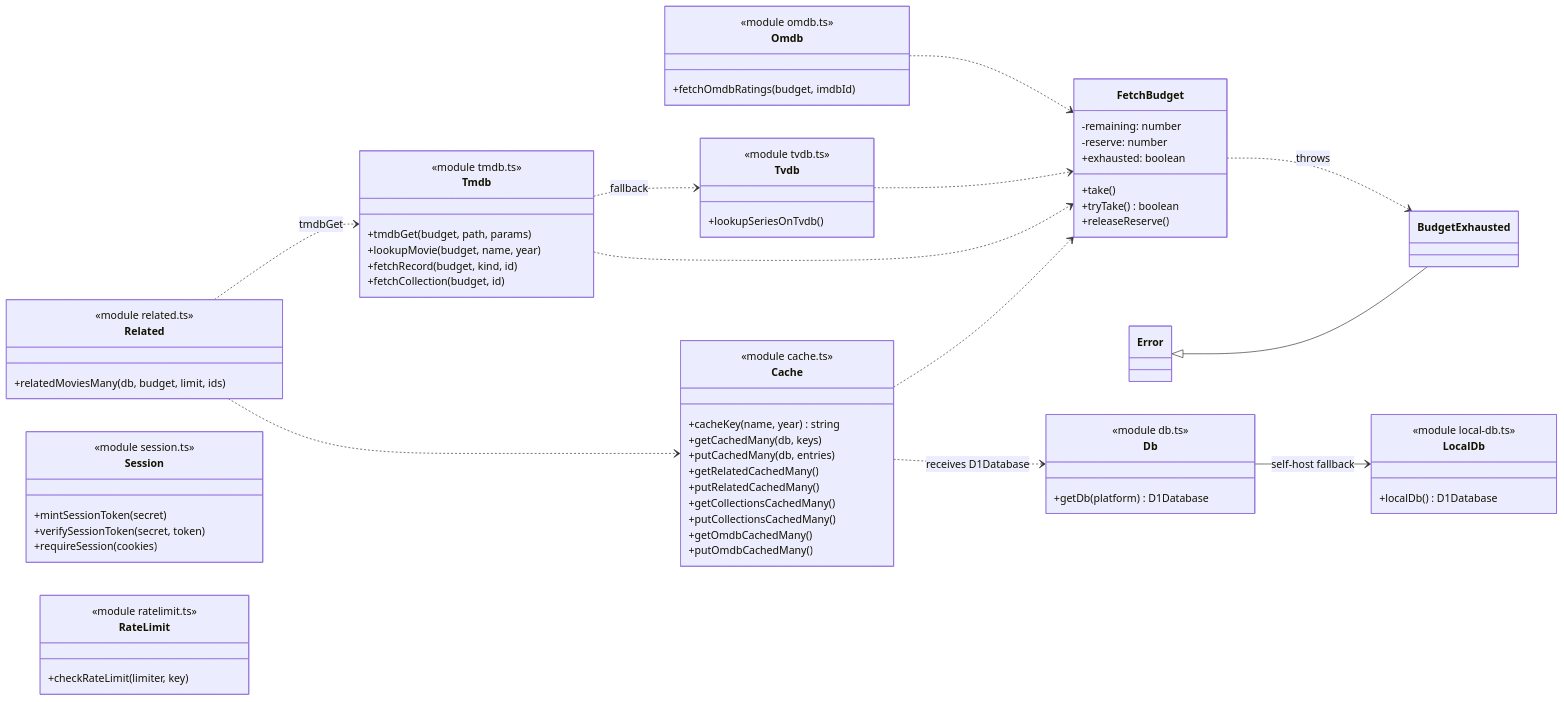
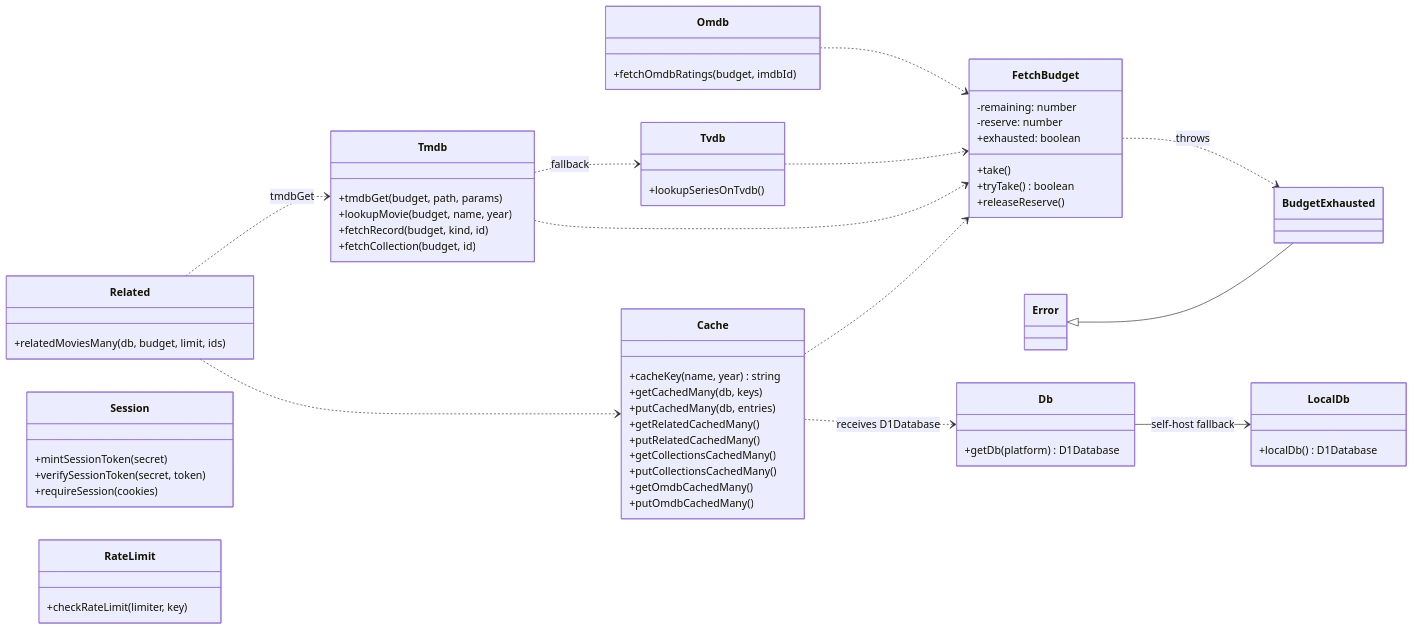
Before and after one commit to LaurinSorgend/letterboxd-vizard: the sixth of 24 diagrams in docs/ARCHITECTURE.md, drawn with Mermaid. The commit also changed other lines of this file, not shown here.

First line of the commit message:
Extend docs with use case specs, class, activity and sequence diagrams

````diff
--- a/docs/ARCHITECTURE.md
+++ b/docs/ARCHITECTURE.md
@@ -161,76 +161,67 @@
 ```mermaid
 classDiagram
     direction LR
 
     class FetchBudget {
         -remaining: number
         -reserve: number
         +exhausted: boolean
         +take()
         +tryTake() boolean
         +releaseReserve()
     }
     class BudgetExhausted
     Error <|-- BudgetExhausted
     FetchBudget ..> BudgetExhausted : throws
 
     class Cache {
-        <<module cache.ts>>
         +cacheKey(name, year) string
         +getCachedMany(db, keys)
         +putCachedMany(db, entries)
         +getRelatedCachedMany()
         +putRelatedCachedMany()
         +getCollectionsCachedMany()
         +putCollectionsCachedMany()
         +getOmdbCachedMany()
         +putOmdbCachedMany()
     }
     class Db {
-        <<module db.ts>>
         +getDb(platform) D1Database
     }
     class LocalDb {
-        <<module local-db.ts>>
         +localDb() D1Database
     }
     class Tmdb {
-        <<module tmdb.ts>>
         +tmdbGet(budget, path, params)
         +lookupMovie(budget, name, year)
         +fetchRecord(budget, kind, id)
         +fetchCollection(budget, id)
     }
     class Tvdb {
-        <<module tvdb.ts>>
         +lookupSeriesOnTvdb()
     }
     class Omdb {
-        <<module omdb.ts>>
         +fetchOmdbRatings(budget, imdbId)
     }
     class Related {
-        <<module related.ts>>
         +relatedMoviesMany(db, budget, limit, ids)
     }
     class Session {
-        <<module session.ts>>
         +mintSessionToken(secret)
         +verifySessionToken(secret, token)
         +requireSession(cookies)
     }
     class RateLimit {
-        <<module ratelimit.ts>>
         +checkRateLimit(limiter, key)
     }
 
     Db --> LocalDb : self-host fallback
     Cache ..> Db : receives D1Database
     Cache ..> FetchBudget
     Tmdb ..> FetchBudget
     Tvdb ..> FetchBudget
     Omdb ..> FetchBudget
     Tmdb ..> Tvdb : fallback
     Related ..> Tmdb : tmdbGet
     Related ..> Cache
 ```
````
